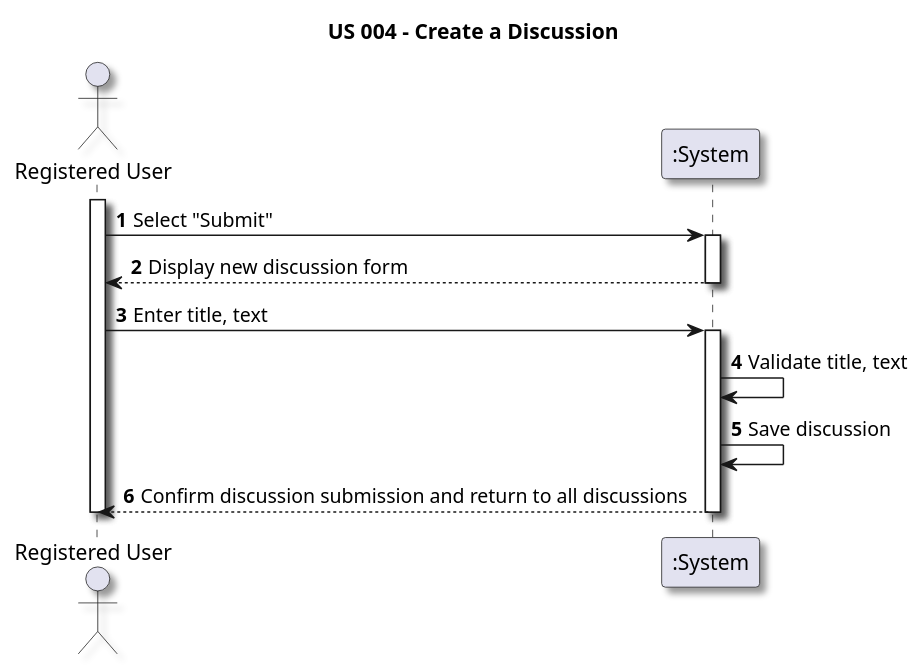
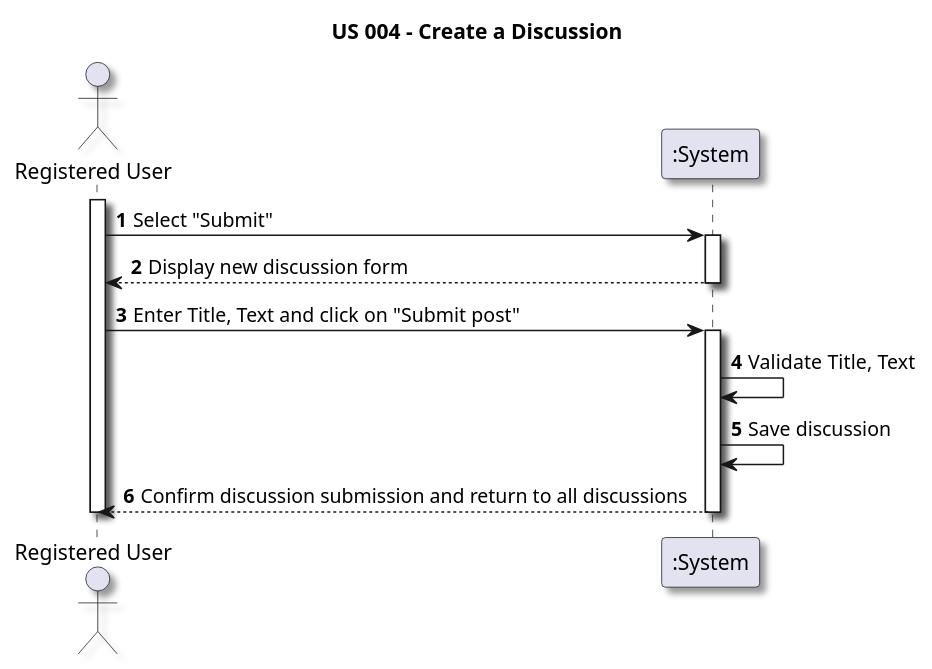
The diagram in docs/sprint01/us004/01.requirements-engineering/puml/us004-system-sequence-diagram.puml (TiagoMagalhaes1232507/Testando-projeto), drawn with PlantUML before and after one commit. The commit also changed 5 other files, not shown here.

```diff
--- a/docs/sprint01/us004/01.requirements-engineering/puml/us004-system-sequence-diagram.puml
+++ b/docs/sprint01/us004/01.requirements-engineering/puml/us004-system-sequence-diagram.puml
@@ -1,32 +1,32 @@
 @startuml System Sequence Diagram (SSD)
 skinparam monochrome false
 skinparam packageStyle rectangle
 skinparam shadowing true
 
 title US 004 - Create a Discussion
 
 autonumber
 
 actor "Registered User" as User
 participant ":System" as System
 
 activate User
 
 User -> System : Select "Submit"
 activate System
 
 System --> User : Display new discussion form
 deactivate System
 
-User -> System : Enter title, text
+User -> System : Enter Title, Text and click on "Submit post" 
 activate System
 
-System -> System : Validate title, text
+System -> System : Validate Title, Text
 
 System -> System : Save discussion
 
 System --> User : Confirm discussion submission and return to all discussions
 deactivate System
 deactivate User
 
 @enduml
```
